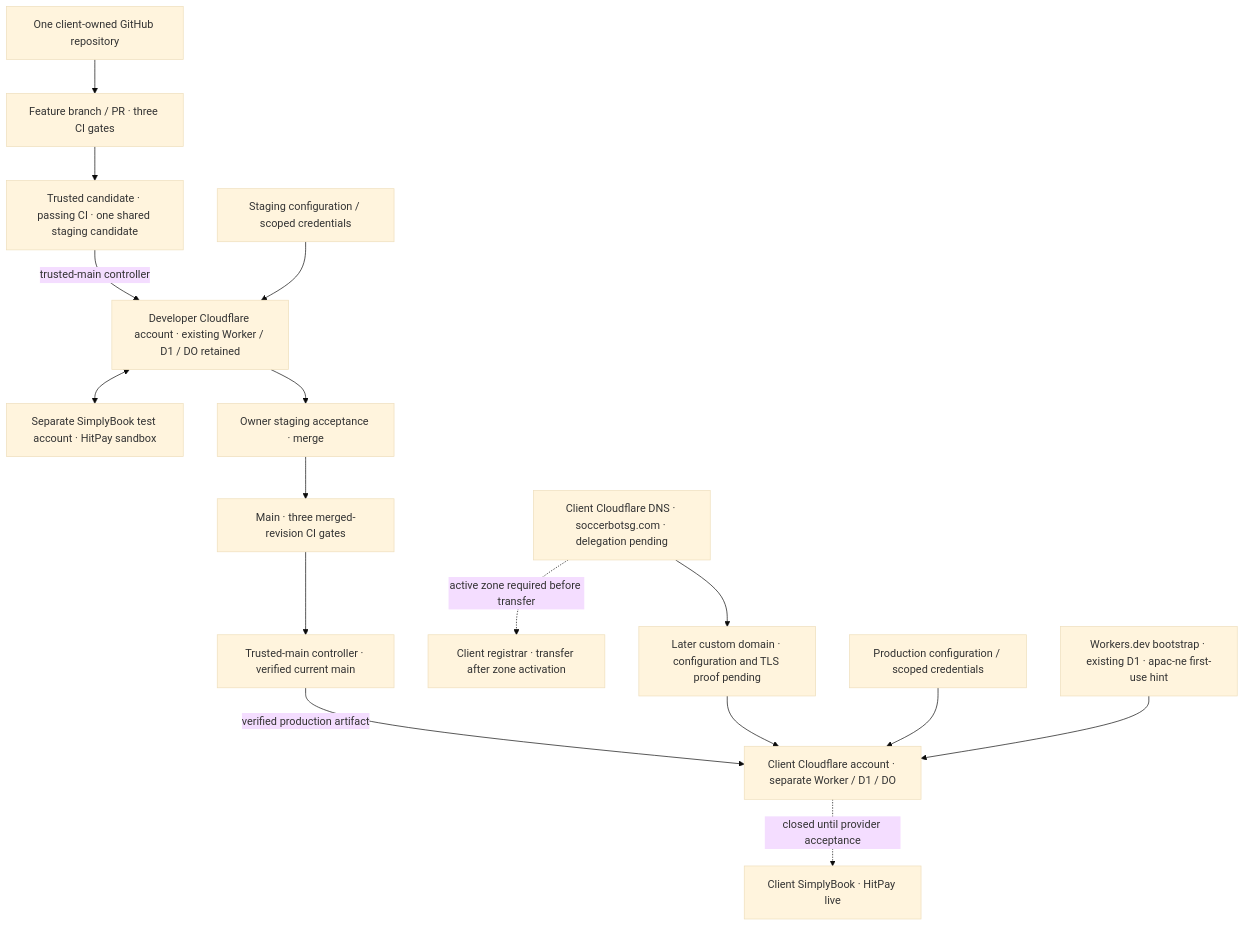
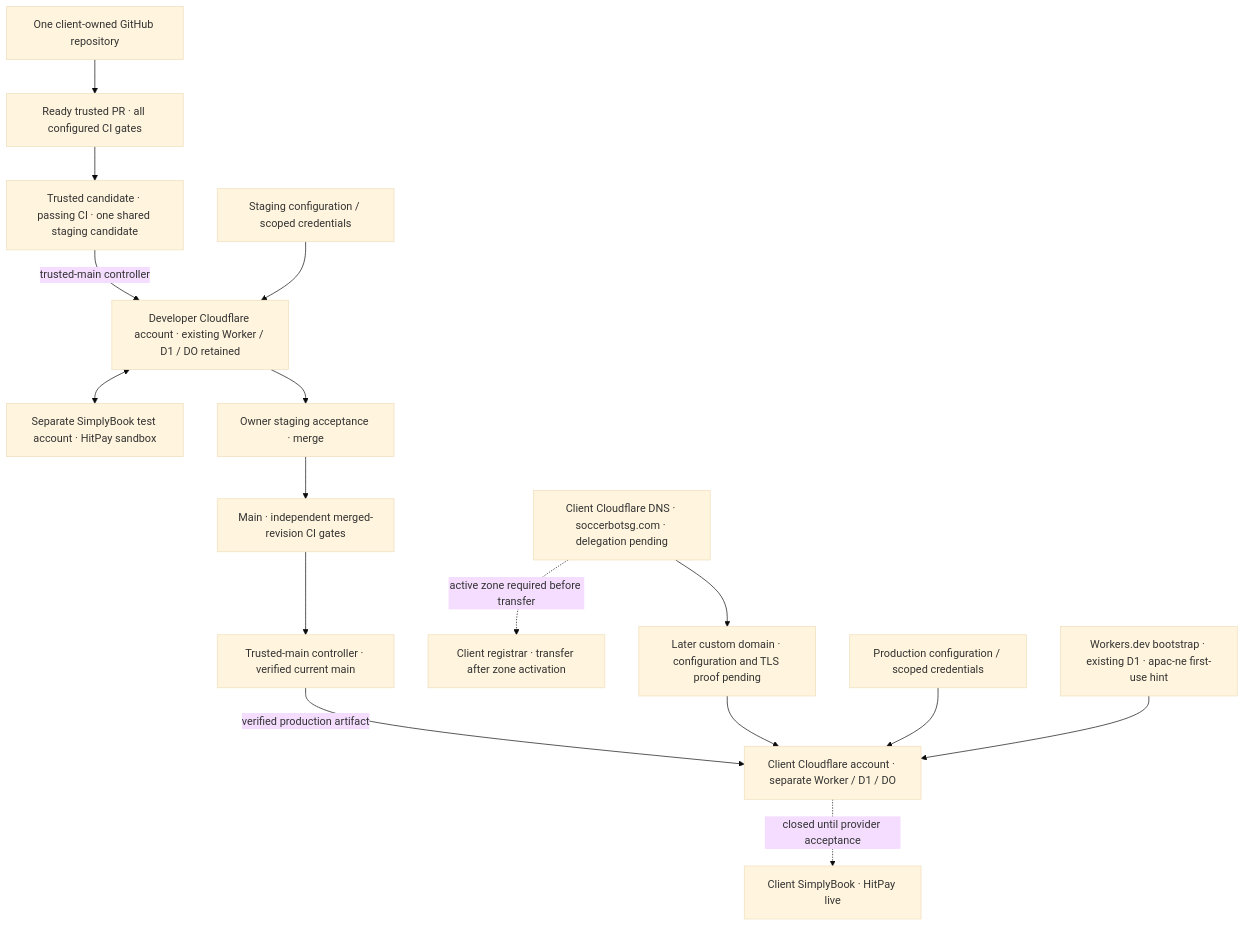
The second of 2 diagrams in docs/architecture/diagram.md (soccerbotstudiosg/soccerbotstudioSG), drawn with Mermaid (base theme) before and after one commit. The commit also changed other lines of this file and 41 other files, not shown here.

````diff
--- a/docs/architecture/diagram.md
+++ b/docs/architecture/diagram.md
@@ -58,30 +60,30 @@
 ```mermaid
 flowchart TB
   Repo["One client-owned GitHub repository"]
-  PR["Feature branch / PR · three CI gates"]
+  PR["Ready trusted PR · all configured CI gates"]
   StageGate["Trusted candidate · passing CI · one shared staging candidate"]
   Stage["Developer Cloudflare account · existing Worker / D1 / DO retained"]
   TestProviders["Separate SimplyBook test account · HitPay sandbox"]
   Review["Owner staging acceptance · merge"]
-  Main["Main · three merged-revision CI gates"]
+  Main["Main · independent merged-revision CI gates"]
   Approval["Trusted-main controller · verified current main"]
   Prod["Client Cloudflare account · separate Worker / D1 / DO"]
   Registrar["Client registrar · transfer after zone activation"]
   DNS["Client Cloudflare DNS · soccerbotsg.com · delegation pending"]
   Host["Later custom domain · configuration and TLS proof pending"]
   LiveProviders["Client SimplyBook · HitPay live"]
   StageSecrets["Staging configuration / scoped credentials"]
   ProdSecrets["Production configuration / scoped credentials"]
   Repo --> PR --> StageGate
   StageGate -->|trusted-main controller| Stage
   StageSecrets --> Stage
   Stage <--> TestProviders
   Stage --> Review --> Main --> Approval
   Approval -->|verified production artifact| Prod
   DNS -.->|active zone required before transfer| Registrar
   DNS --> Host --> Prod
   ProdSecrets --> Prod
   Prod -.->|closed until provider acceptance| LiveProviders
   Temporary["Workers.dev bootstrap · existing D1 · apac-ne first-use hint"]
   Temporary --> Prod
 ```
````
